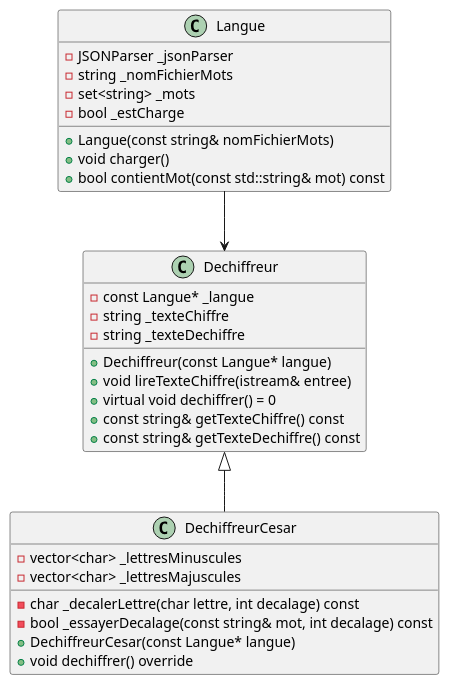
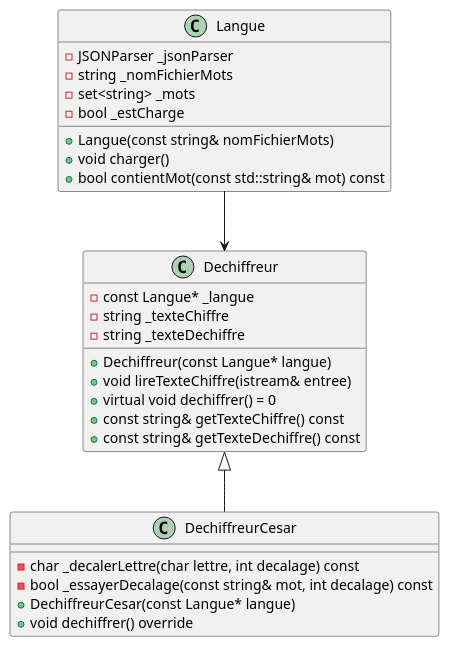
One commit to plbrault/420-SF2-RE changed the diagram in laboratoires/lab08a-set-map/consignes/lab8.md. Above: the diagram before and after it, drawn with PlantUML. The commit also changed other lines of this file, not shown here.

````diff
--- a/laboratoires/lab08a-set-map/consignes/lab8.md
+++ b/laboratoires/lab08a-set-map/consignes/lab8.md
@@ -108,38 +108,36 @@
 ```plantuml
 @startuml
 
 class Langue {
     - JSONParser _jsonParser
     - string _nomFichierMots
     - set<string> _mots
     - bool _estCharge
     + Langue(const string& nomFichierMots)
     + void charger()
     + bool contientMot(const std::string& mot) const
 }
 
 class Dechiffreur {
     - const Langue* _langue    
     - string _texteChiffre
     - string _texteDechiffre
     + Dechiffreur(const Langue* langue)
     + void lireTexteChiffre(istream& entree)
     + virtual void dechiffrer() = 0
     + const string& getTexteChiffre() const
     + const string& getTexteDechiffre() const
 }
 
 class DechiffreurCesar {
-    - vector<char> _lettresMinuscules
-    - vector<char> _lettresMajuscules
     - char _decalerLettre(char lettre, int decalage) const
     - bool _essayerDecalage(const string& mot, int decalage) const
     + DechiffreurCesar(const Langue* langue)
     + void dechiffrer() override
 }
 
 Dechiffreur <|-- DechiffreurCesar
 Langue --> Dechiffreur
 
 @enduml
 ```
````
